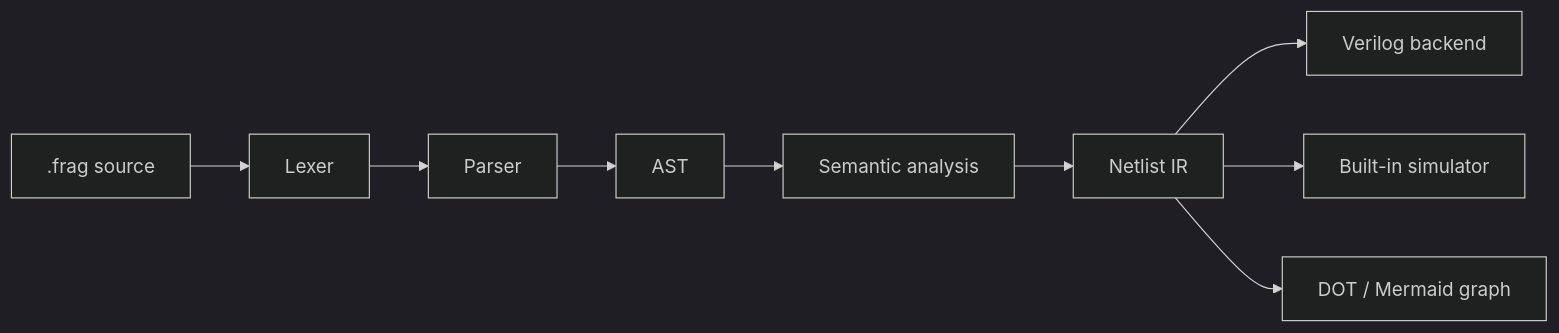
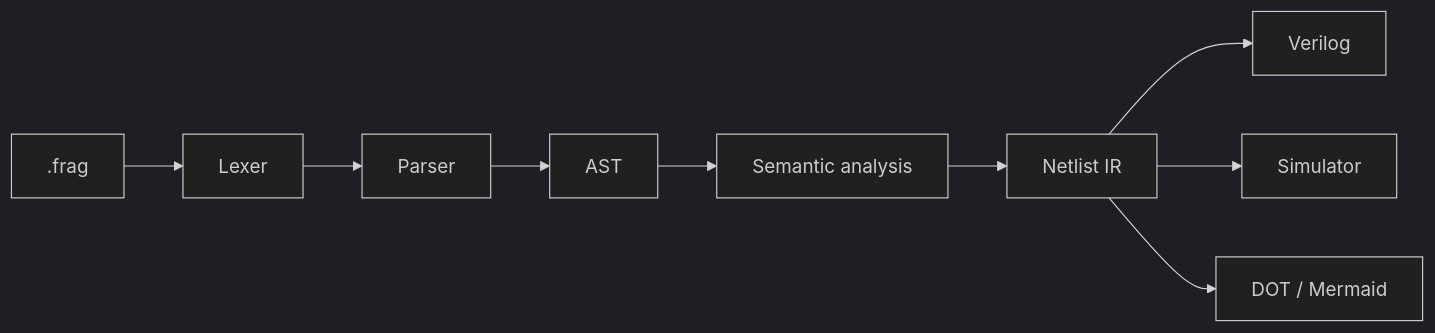
The diagram in README.md (Afnanksalal/frag), drawn with Mermaid (dark theme) before and after one commit. The commit also changed other lines of this file and 21 other files, not shown here.

````diff
--- a/README.md
+++ b/README.md
@@ -21,11 +21,11 @@
 ```mermaid
 flowchart LR
-    Source[".frag source"] --> Lexer["Lexer"]
+    Source[".frag"] --> Lexer["Lexer"]
     Lexer --> Parser["Parser"]
-    Parser --> Ast["AST"]
-    Ast --> Semantics["Semantic analysis"]
-    Semantics --> Ir["Netlist IR"]
-    Ir --> Verilog["Verilog backend"]
-    Ir --> Simulator["Built-in simulator"]
-    Ir --> Graph["DOT / Mermaid graph"]
+    Parser --> AST["AST"]
+    AST --> Semantics["Semantic analysis"]
+    Semantics --> IR["Netlist IR"]
+    IR --> Verilog["Verilog"]
+    IR --> Sim["Simulator"]
+    IR --> Graph["DOT / Mermaid"]
 ```
````
